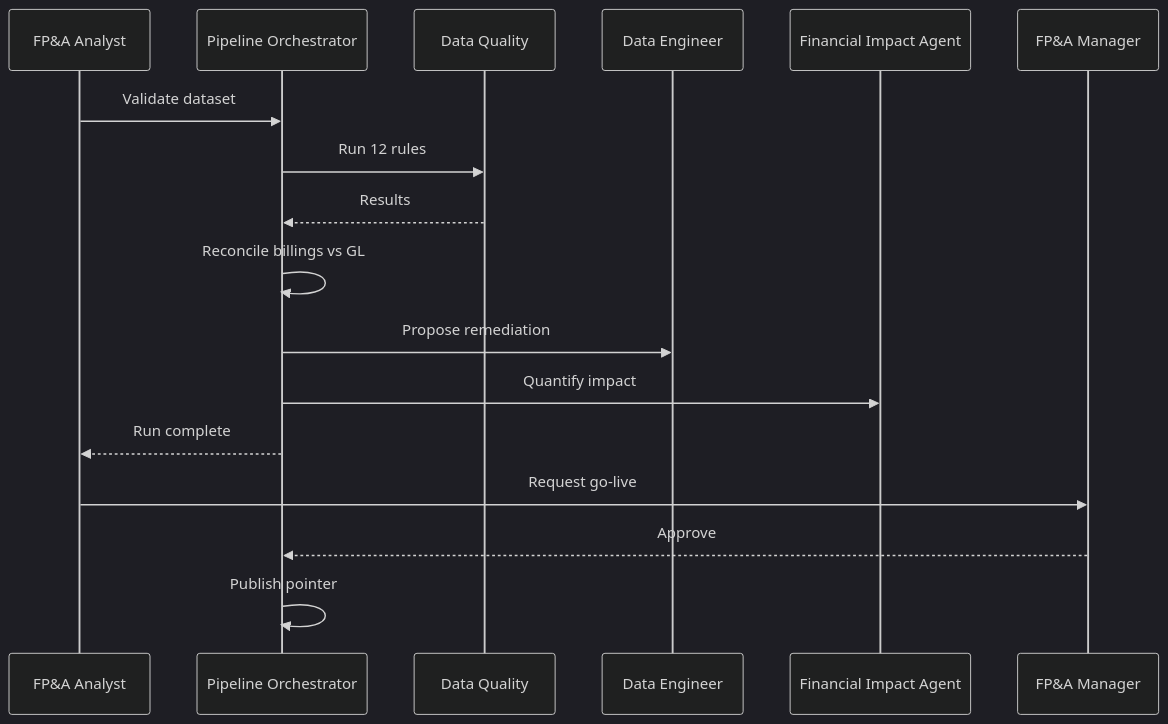
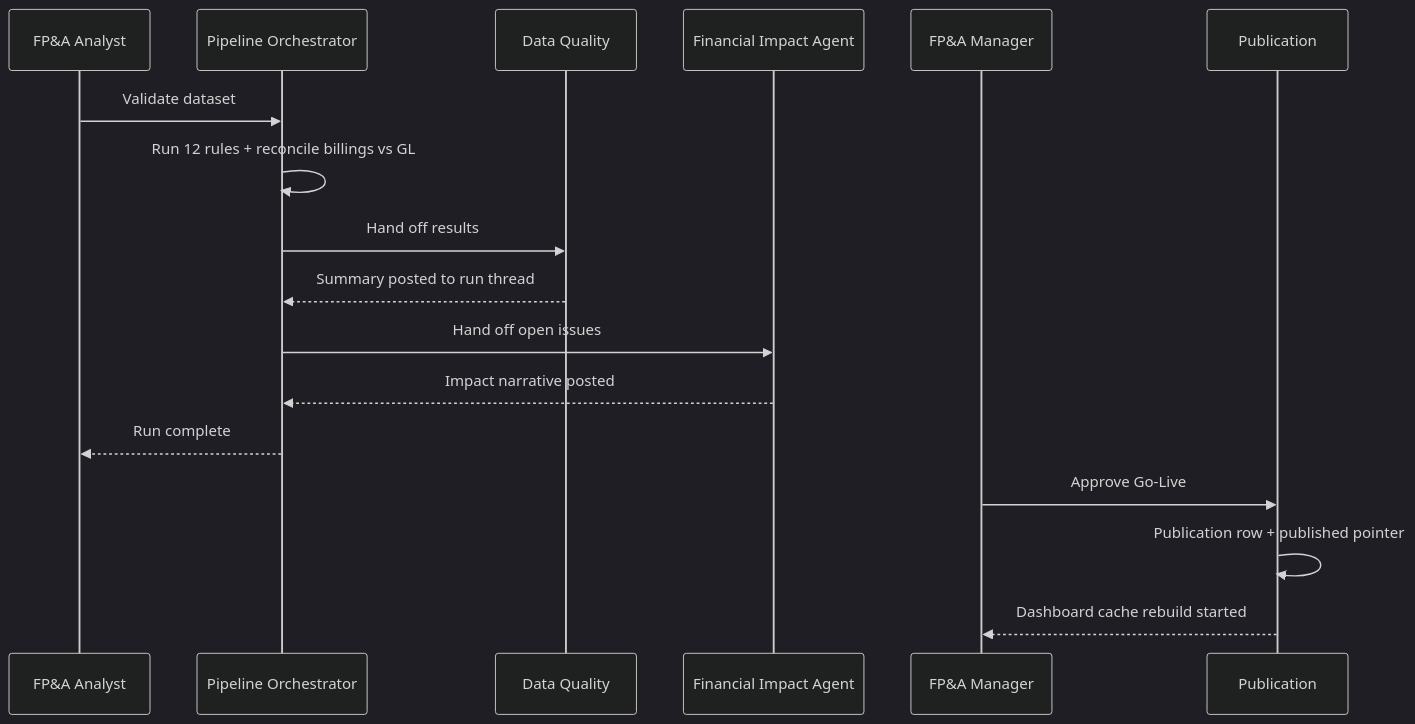
The second of 2 diagrams in revenue_data_reliability/docs/architecture.md (rlp-jym/zoomcamp-ai-dev-cohort-2026), drawn with Mermaid (dark theme) before and after one commit. The commit also changed other lines of this file and 3 other files, not shown here.

Commit message:
docs: sync architecture with README and Filebase

````diff
--- a/revenue_data_reliability/docs/architecture.md
+++ b/revenue_data_reliability/docs/architecture.md
@@ -41,19 +69,20 @@
 ```mermaid
 sequenceDiagram
   participant A as FP&A Analyst
   participant O as Pipeline Orchestrator
   participant DQ as Data Quality
-  participant DE as Data Engineer
   participant FA as Financial Impact Agent
   participant M as FP&A Manager
+  participant PUB as Publication
+
   A->>O: Validate dataset
-  O->>DQ: Run 12 rules
-  DQ-->>O: Results
-  O->>O: Reconcile billings vs GL
-  O->>DE: Propose remediation
-  O->>FA: Quantify impact
+  O->>O: Run 12 rules + reconcile billings vs GL
+  O->>DQ: Hand off results
+  DQ-->>O: Summary posted to run thread
+  O->>FA: Hand off open issues
+  FA-->>O: Impact narrative posted
   O-->>A: Run complete
-  A->>M: Request go-live
-  M-->>O: Approve
-  O->>O: Publish pointer
+  M->>PUB: Approve Go-Live
+  PUB->>PUB: Publication row + published pointer
+  PUB-->>M: Dashboard cache rebuild started
 ```
````
